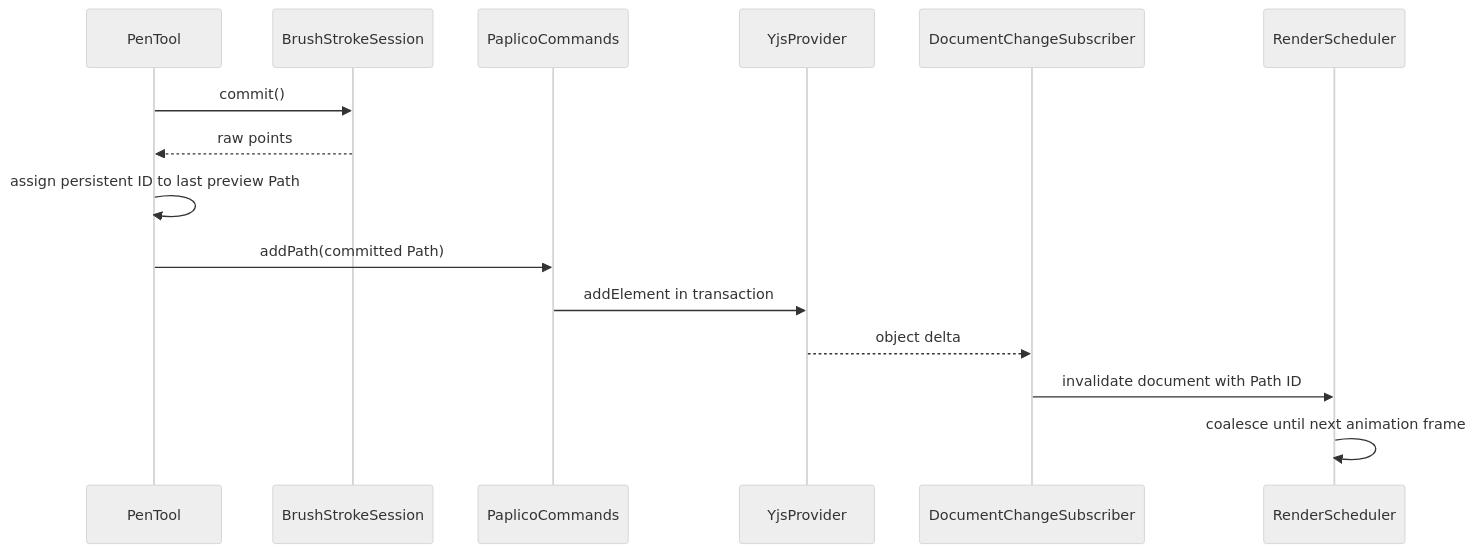
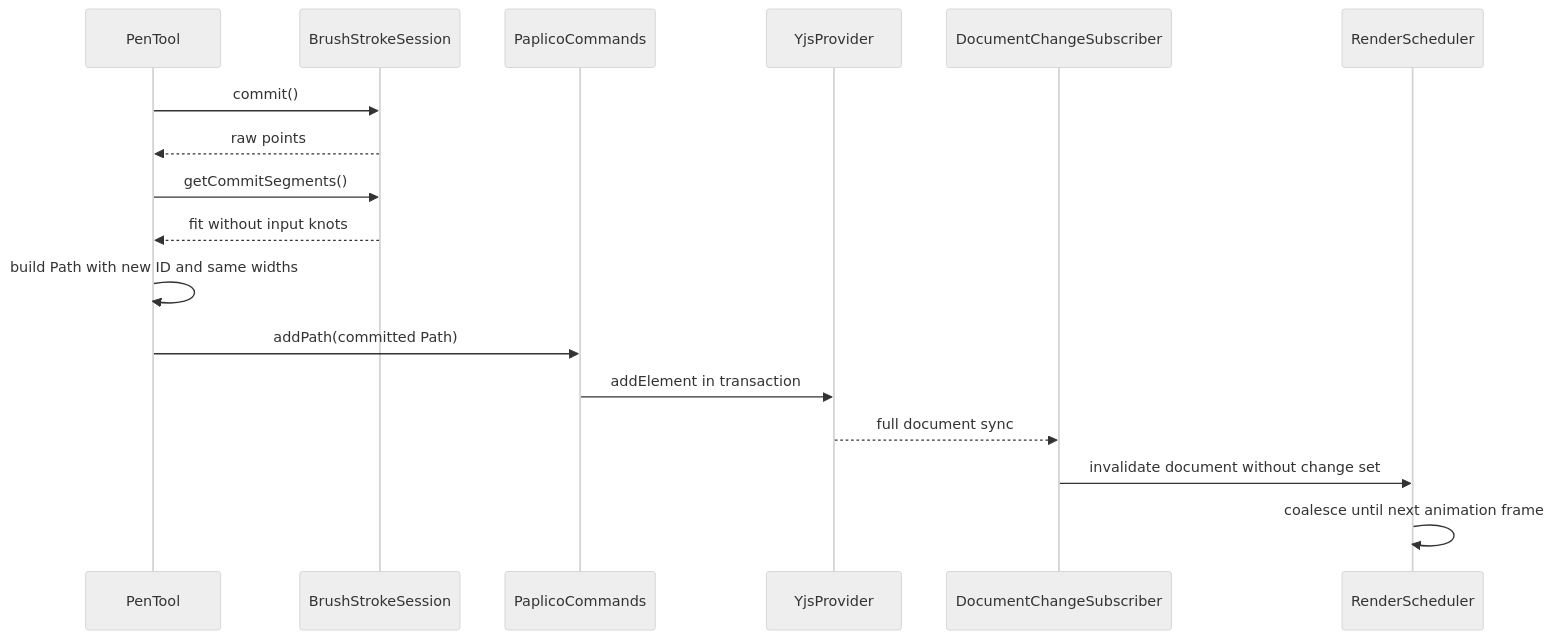
One commit to hanakla/paplico changed the second of 2 diagrams in pkgs/web/src/app/devdocs/brush-system/dynamics-and-commit/page.mdx. Above: the diagram before and after it, drawn with Mermaid (neutral theme). The commit also changed other lines of this file and 37 other files, not shown here.

````diff
--- a/pkgs/web/src/app/devdocs/brush-system/dynamics-and-commit/page.mdx
+++ b/pkgs/web/src/app/devdocs/brush-system/dynamics-and-commit/page.mdx
@@ -239,18 +241,20 @@
 ```mermaid
 sequenceDiagram
     participant Tool as PenTool
     participant Session as BrushStrokeSession
     participant Commands as PaplicoCommands
     participant Yjs as YjsProvider
     participant Changes as DocumentChangeSubscriber
     participant Scheduler as RenderScheduler
 
     Tool->>Session: commit()
     Session-->>Tool: raw points
-    Tool->>Tool: assign persistent ID to last preview Path
+    Tool->>Session: getCommitSegments()
+    Session-->>Tool: fit without input knots
+    Tool->>Tool: build Path with new ID and same widths
     Tool->>Commands: addPath(committed Path)
     Commands->>Yjs: addElement in transaction
-    Yjs-->>Changes: object delta
-    Changes->>Scheduler: invalidate document with Path ID
+    Yjs-->>Changes: full document sync
+    Changes->>Scheduler: invalidate document without change set
     Scheduler->>Scheduler: coalesce until next animation frame
 ```
````
